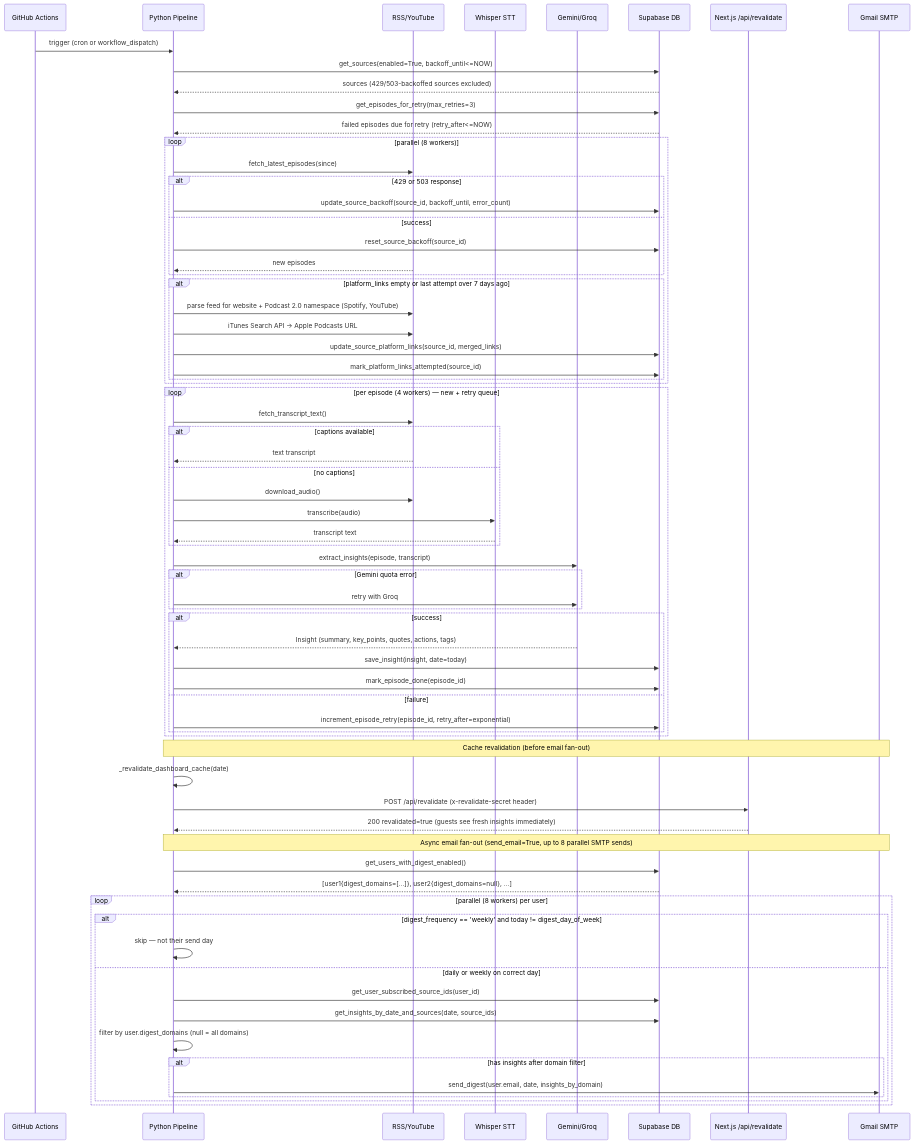
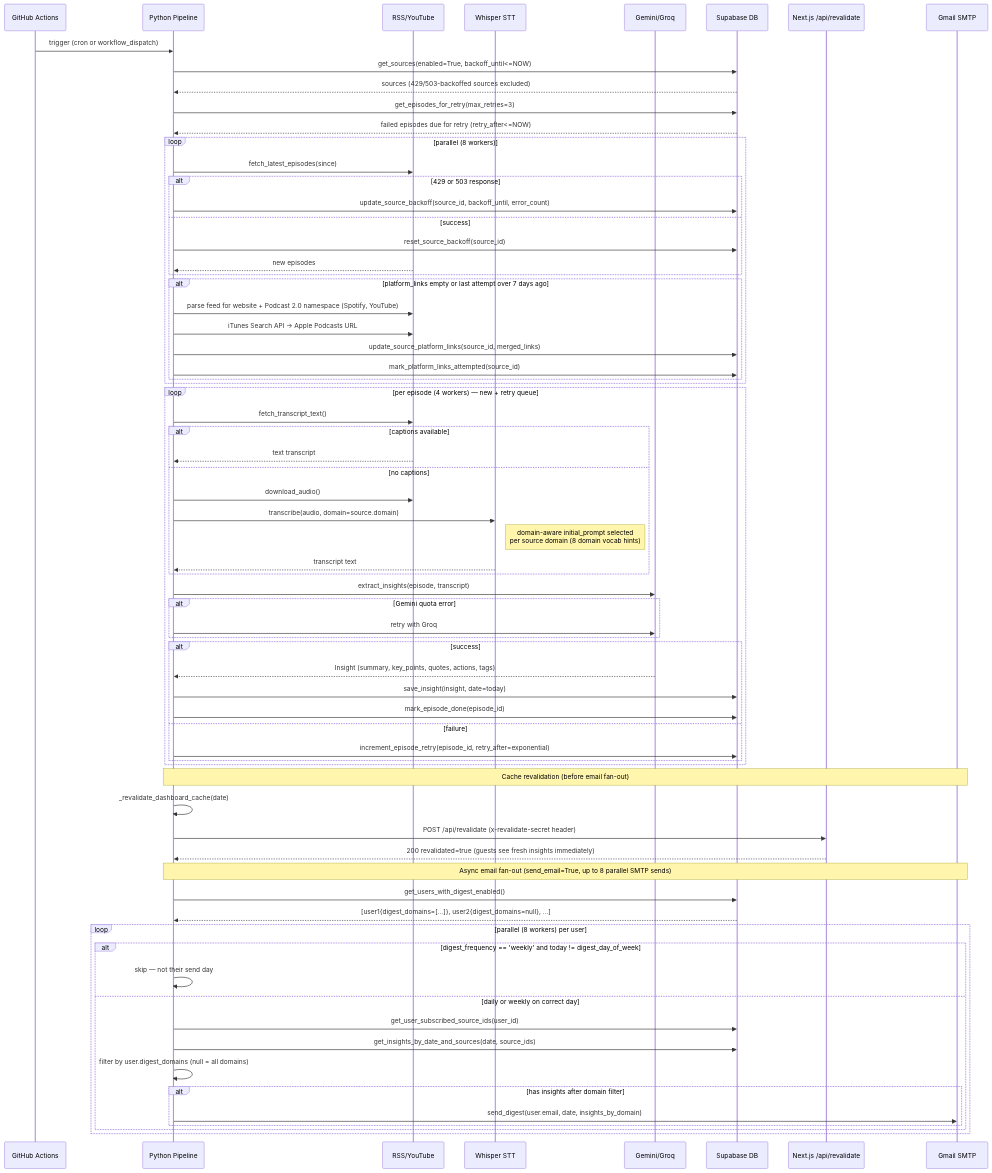
Before and after one commit to vtghub/PodcastsSummarizer: the first of 23 diagrams in docs/request-workflow.md, drawn with Mermaid. The commit also changed 2 other files, not shown here.

Commit message:
docs: update architecture and workflow diagrams post-PR #203 #205

````diff
--- a/docs/request-workflow.md
+++ b/docs/request-workflow.md
@@ -5,76 +5,77 @@
 ```mermaid
 sequenceDiagram
     participant GH as GitHub Actions
     participant PY as Python Pipeline
     participant RSS as RSS/YouTube
     participant W as Whisper STT
     participant LLM as Gemini/Groq
     participant DB as Supabase DB
     participant NEXT as Next.js /api/revalidate
     participant MAIL as Gmail SMTP
 
     GH->>PY: trigger (cron or workflow_dispatch)
     PY->>DB: get_sources(enabled=True, backoff_until<=NOW)
     DB-->>PY: sources (429/503-backoffed sources excluded)
     PY->>DB: get_episodes_for_retry(max_retries=3)
     DB-->>PY: failed episodes due for retry (retry_after<=NOW)
 
     loop parallel (8 workers)
         PY->>RSS: fetch_latest_episodes(since)
         alt 429 or 503 response
             PY->>DB: update_source_backoff(source_id, backoff_until, error_count)
         else success
             PY->>DB: reset_source_backoff(source_id)
             RSS-->>PY: new episodes
         end
         alt platform_links empty or last attempt over 7 days ago
             PY->>RSS: parse feed for website + Podcast 2.0 namespace (Spotify, YouTube)
             PY->>RSS: iTunes Search API → Apple Podcasts URL
             PY->>DB: update_source_platform_links(source_id, merged_links)
             PY->>DB: mark_platform_links_attempted(source_id)
         end
     end
 
     loop per episode (4 workers) — new + retry queue
         PY->>RSS: fetch_transcript_text()
         alt captions available
             RSS-->>PY: text transcript
         else no captions
             PY->>RSS: download_audio()
-            PY->>W: transcribe(audio)
+            PY->>W: transcribe(audio, domain=source.domain)
+            Note right of W: domain-aware initial_prompt selected<br/>per source domain (8 domain vocab hints)
             W-->>PY: transcript text
         end
         PY->>LLM: extract_insights(episode, transcript)
         alt Gemini quota error
             PY->>LLM: retry with Groq
         end
         alt success
             LLM-->>PY: Insight (summary, key_points, quotes, actions, tags)
             PY->>DB: save_insight(insight, date=today)
             PY->>DB: mark_episode_done(episode_id)
         else failure
             PY->>DB: increment_episode_retry(episode_id, retry_after=exponential)
         end
     end
 
     Note over PY,MAIL: Cache revalidation (before email fan-out)
     PY->>PY: _revalidate_dashboard_cache(date)
     PY->>NEXT: POST /api/revalidate (x-revalidate-secret header)
     NEXT-->>PY: 200 revalidated=true (guests see fresh insights immediately)
 
     Note over PY,MAIL: Async email fan-out (send_email=True, up to 8 parallel SMTP sends)
     PY->>DB: get_users_with_digest_enabled()
     DB-->>PY: [user1{digest_domains=[...]}, user2{digest_domains=null}, ...]
     loop parallel (8 workers) per user
         alt digest_frequency == 'weekly' and today != digest_day_of_week
             PY->>PY: skip — not their send day
         else daily or weekly on correct day
             PY->>DB: get_user_subscribed_source_ids(user_id)
             PY->>DB: get_insights_by_date_and_sources(date, source_ids)
             PY->>PY: filter by user.digest_domains (null = all domains)
             alt has insights after domain filter
                 PY->>MAIL: send_digest(user.email, date, insights_by_domain)
             end
         end
     end
 ```
````
